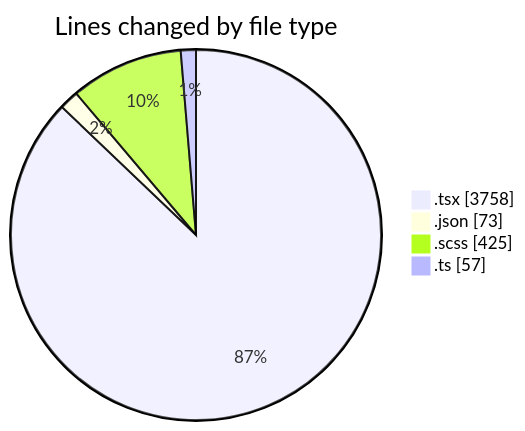
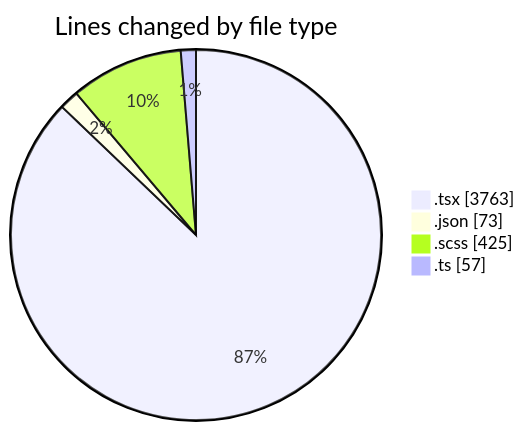
Before and after one commit to momahboobian/code-tracking: the first of 2 diagrams in 2025-10-02/cda/README.md, drawn with Mermaid. The commit also changed other lines of this file and 1 other file, not shown here.

````diff
--- a/2025-10-02/cda/README.md
+++ b/2025-10-02/cda/README.md
@@ -29,8 +29,8 @@
 ```mermaid
 pie showData
 title Lines changed by file type
-".tsx" : 3758
+".tsx" : 3763
 ".json" : 73
 ".scss" : 425
 ".ts" : 57
 ```
````
